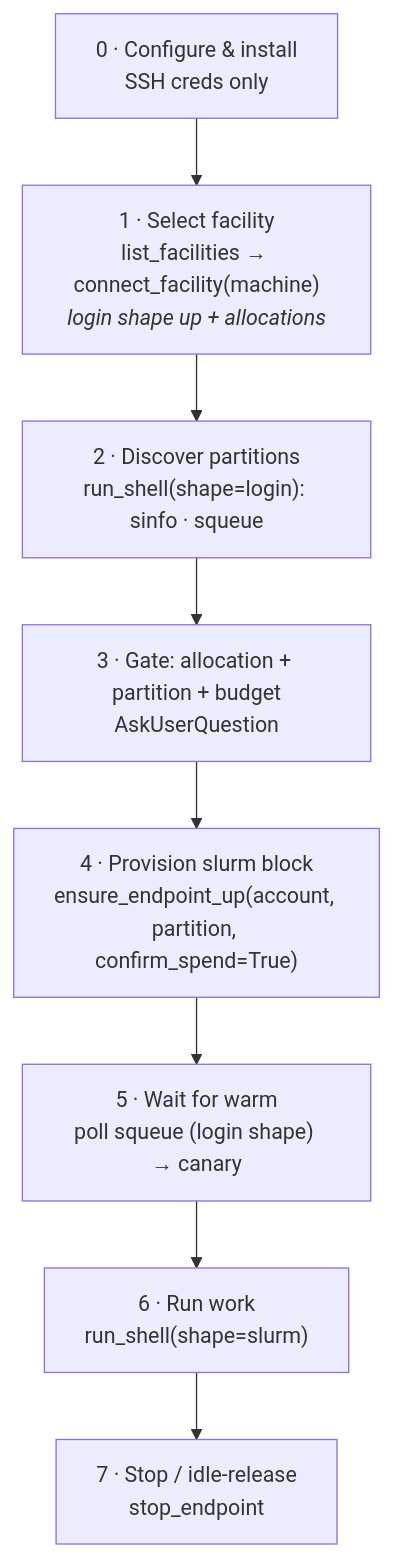
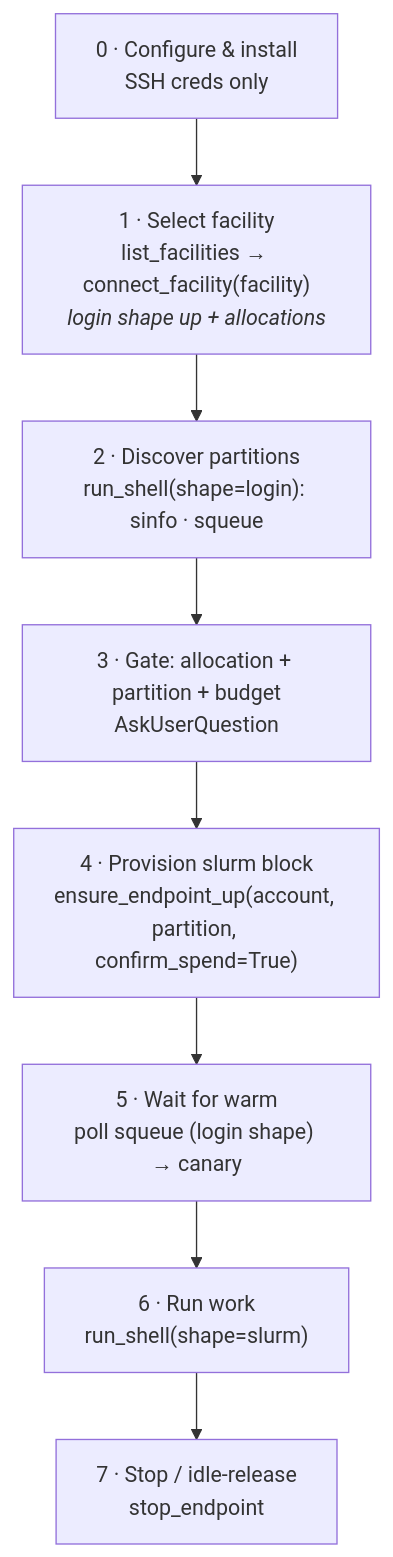
Before and after one commit to ryanchard/hpc-bridge: the diagram in docs/hpc-bridge-vault/Happy path.md, drawn with Mermaid. The commit also changed other lines of this file and 8 other files, not shown here.

First line of the commit message:
refactor(api): rename connect_facility param machine -> facility

````diff
--- a/docs/hpc-bridge-vault/Happy path.md
+++ b/docs/hpc-bridge-vault/Happy path.md
@@ -8,10 +8,10 @@
 ```mermaid
 flowchart TD
-  C["0 · Configure & install<br/>SSH creds only"] --> L["1 · Select facility<br/>list_facilities → connect_facility(machine)<br/><i>login shape up + allocations</i>"]
+  C["0 · Configure & install<br/>SSH creds only"] --> L["1 · Select facility<br/>list_facilities → connect_facility(facility)<br/><i>login shape up + allocations</i>"]
   L --> D["2 · Discover partitions<br/>run_shell(shape=login): sinfo · squeue"]
   D --> G["3 · Gate: allocation + partition + budget<br/>AskUserQuestion"]
   G --> P["4 · Provision slurm block<br/>ensure_endpoint_up(account, partition, confirm_spend=True)"]
   P --> W["5 · Wait for warm<br/>poll squeue (login shape) → canary"]
   W --> R["6 · Run work<br/>run_shell(shape=slurm)"]
   R --> S["7 · Stop / idle-release<br/>stop_endpoint"]
 ```
````
